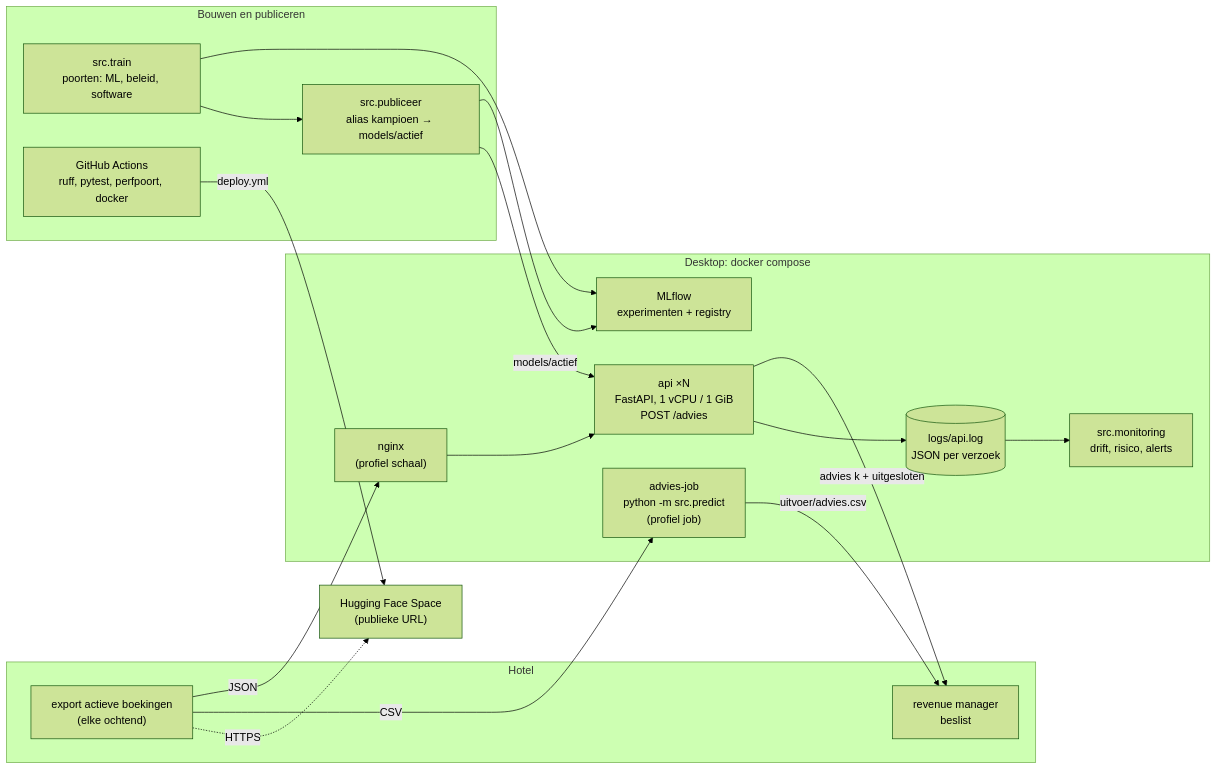
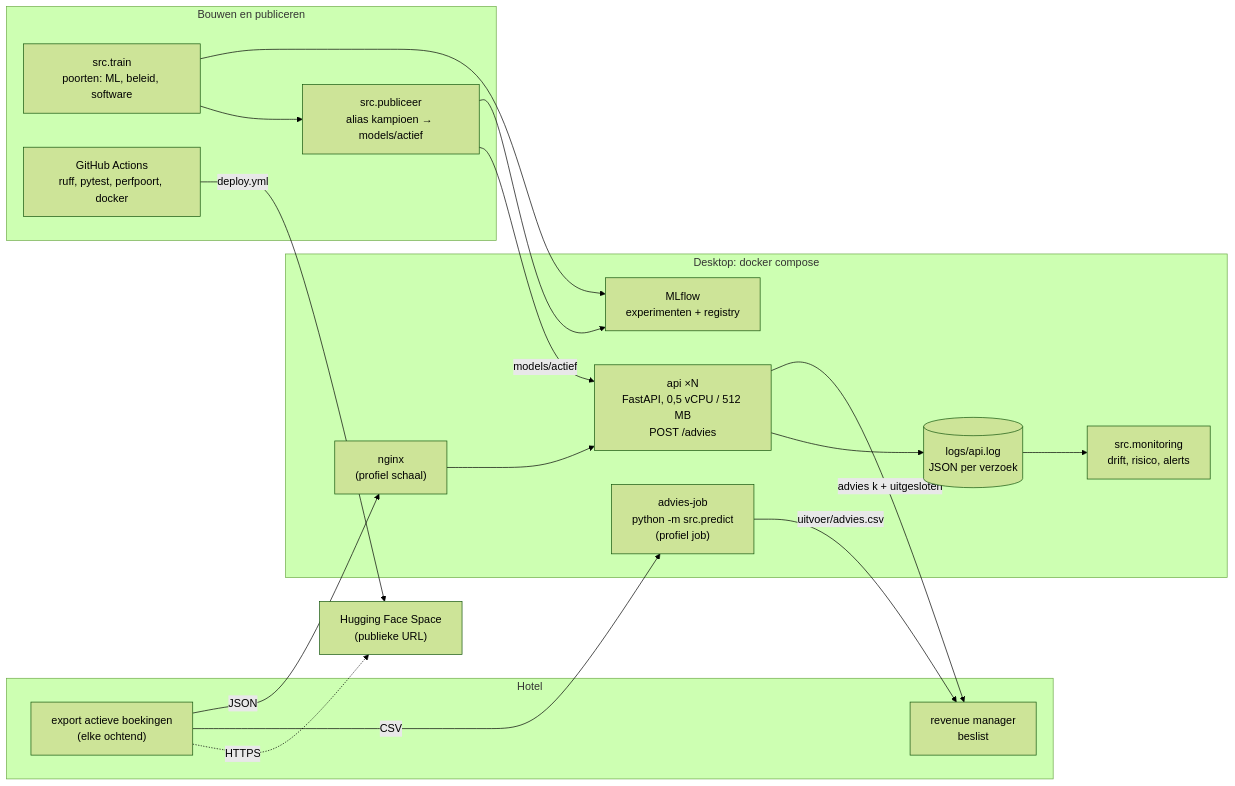
The diagram in docs/architectuur.md (KynanM/cloud-for-ai-project), drawn with Mermaid (forest theme) before and after one commit. The commit also changed other lines of this file and 9 other files, not shown here.

````diff
--- a/docs/architectuur.md
+++ b/docs/architectuur.md
@@ -6,35 +125,35 @@
 ```mermaid
 flowchart LR
   subgraph HOTEL["Hotel"]
     EXPORT["export actieve boekingen<br/>(elke ochtend)"]
     RM["revenue manager<br/>beslist"]
   end
 
   subgraph LOKAAL["Desktop: docker compose"]
-    API["api ×N<br/>FastAPI, 1 vCPU / 1 GiB<br/>POST /advies"]
+    API["api ×N<br/>FastAPI, 0,5 vCPU / 512 MB<br/>POST /advies"]
     JOB["advies-job<br/>python -m src.predict<br/>(profiel job)"]
     NGINX["nginx<br/>(profiel schaal)"]
     MLF["MLflow<br/>experimenten + registry"]
     LOGS[("logs/api.log<br/>JSON per verzoek")]
     MON["src.monitoring<br/>drift, risico, alerts"]
   end
 
   subgraph BOUW["Bouwen en publiceren"]
     TRAIN["src.train<br/>poorten: ML, beleid, software"]
     PUB["src.publiceer<br/>alias kampioen → models/actief"]
     CI["GitHub Actions<br/>ruff, pytest, perfpoort, docker"]
   end
 
   SPACE["Hugging Face Space<br/>(publieke URL)"]
 
   EXPORT -->|JSON| NGINX --> API
   EXPORT -->|CSV| JOB
   API -->|advies k + uitgesloten| RM
   JOB -->|uitvoer/advies.csv| RM
   API --> LOGS --> MON
   TRAIN --> MLF
   TRAIN --> PUB --> MLF
   PUB -->|models/actief| API
   CI -->|deploy.yml| SPACE
   EXPORT -.->|HTTPS| SPACE
 ```
````
